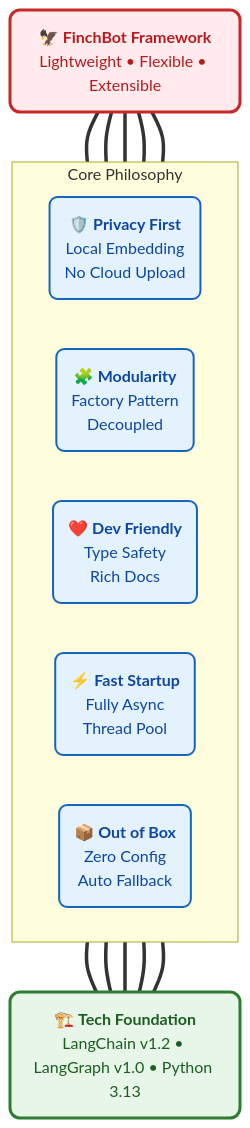
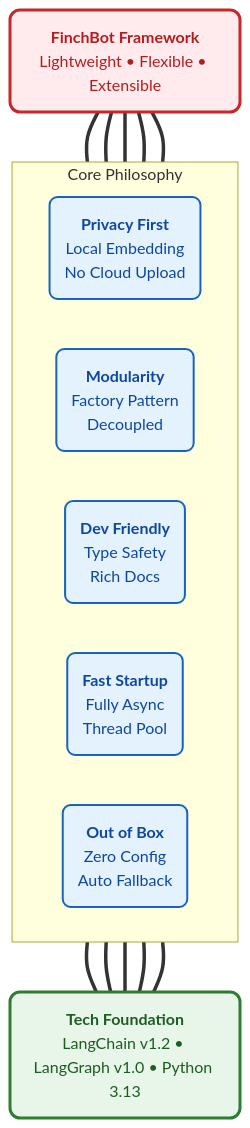
The first of 6 diagrams in docs/en-US/blog/finchbot-flexible-ai-agent-framework.md (xt765/FinchBot), drawn with Mermaid before and after one commit. The commit also changed other lines of this file and 3 other files, not shown here.

````diff
--- a/docs/en-US/blog/finchbot-flexible-ai-agent-framework.md
+++ b/docs/en-US/blog/finchbot-flexible-ai-agent-framework.md
@@ -63,27 +63,27 @@
 ```mermaid
 graph BT
     %% Style Definitions
     classDef roof fill:#ffebee,stroke:#c62828,stroke-width:3px,color:#b71c1c,rx:10,ry:10;
     classDef pillar fill:#e3f2fd,stroke:#1565c0,stroke-width:2px,color:#0d47a1,rx:8,ry:8;
     classDef base fill:#e8f5e9,stroke:#2e7d32,stroke-width:3px,color:#1b5e20,rx:10,ry:10;
 
     %% Roof
-    Roof("🦅 <b>FinchBot Framework</b><br/>Lightweight • Flexible • Extensible"):::roof
+    Roof(" <b>FinchBot Framework</b><br/>Lightweight • Flexible • Extensible"):::roof
 
     %% Pillars
     subgraph Pillars [Core Philosophy]
         direction LR
-        P("🛡️ <b>Privacy First</b><br/>Local Embedding<br/>No Cloud Upload"):::pillar
-        M("🧩 <b>Modularity</b><br/>Factory Pattern<br/>Decoupled"):::pillar
-        D("❤️ <b>Dev Friendly</b><br/>Type Safety<br/>Rich Docs"):::pillar
-        S("⚡ <b>Fast Startup</b><br/>Fully Async<br/>Thread Pool"):::pillar
-        O("📦 <b>Out of Box</b><br/>Zero Config<br/>Auto Fallback"):::pillar
+        P(" <b>Privacy First</b><br/>Local Embedding<br/>No Cloud Upload"):::pillar
+        M(" <b>Modularity</b><br/>Factory Pattern<br/>Decoupled"):::pillar
+        D(" <b>Dev Friendly</b><br/>Type Safety<br/>Rich Docs"):::pillar
+        S(" <b>Fast Startup</b><br/>Fully Async<br/>Thread Pool"):::pillar
+        O(" <b>Out of Box</b><br/>Zero Config<br/>Auto Fallback"):::pillar
     end
 
     %% Foundation
-    Base("🏗️ <b>Tech Foundation</b><br/>LangChain v1.2 • LangGraph v1.0 • Python 3.13"):::base
+    Base(" <b>Tech Foundation</b><br/>LangChain v1.2 • LangGraph v1.0 • Python 3.13"):::base
 
     %% Connections
     Base === P & M & D & S & O
     P & M & D & S & O === Roof
 ```
````
